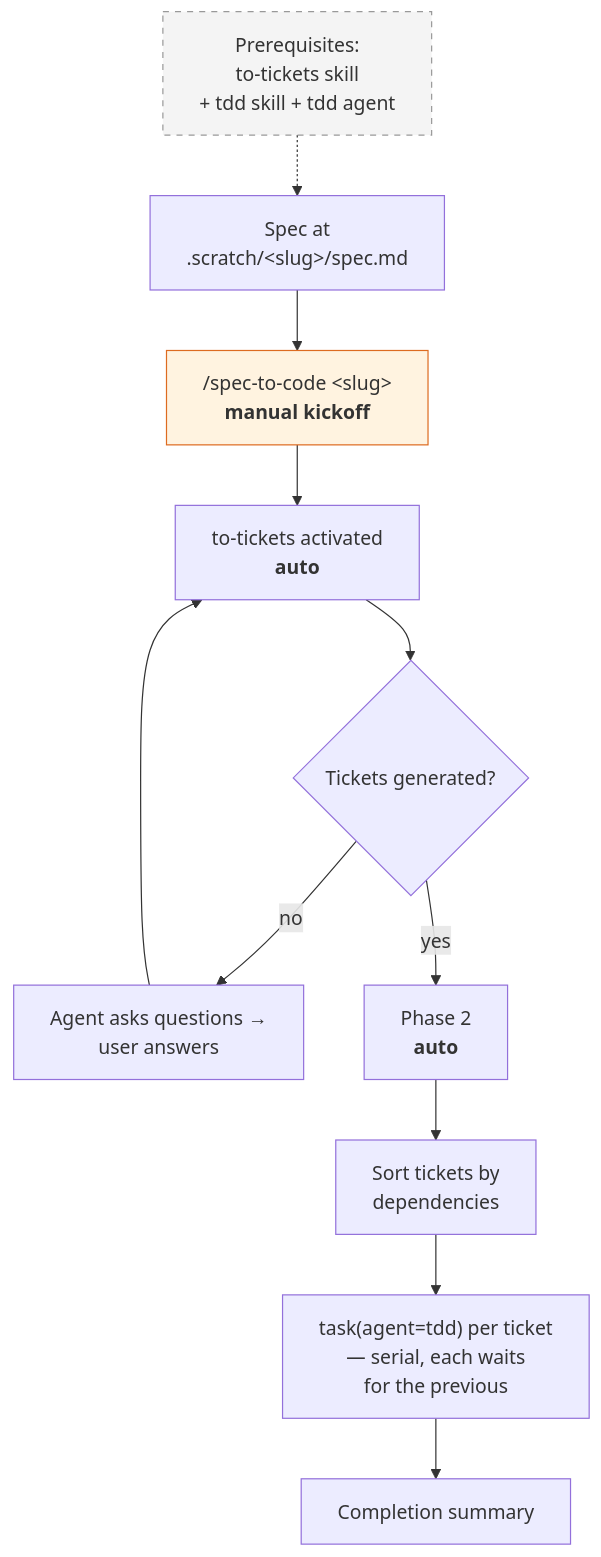
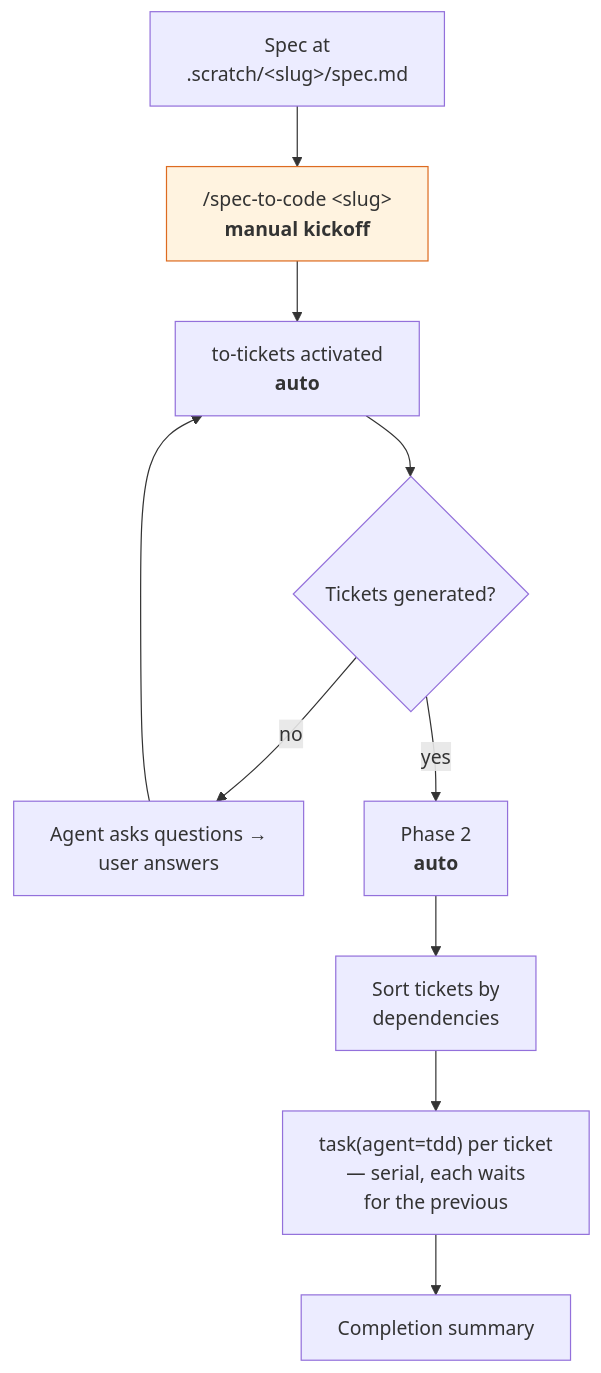
One commit to hugosol/oh-my-wayfinder changed the second of 2 diagrams in README.md. Above: the diagram before and after it, drawn with Mermaid. The commit also changed other lines of this file and 1 other file, not shown here.

Commit message:
adjust flow b

````diff
--- a/README.md
+++ b/README.md
@@ -85,15 +85,13 @@
 ```mermaid
 flowchart TD
-    PRE["Prerequisites:<br/>to-tickets skill<br/>+ tdd skill + tdd agent"] -.-> P
     P["Spec at<br/>.scratch/&lt;slug&gt;/spec.md"] --> C["/spec-to-code &lt;slug&gt;<br/><b>manual kickoff</b>"]
     C --> A["to-tickets activated<br/><b>auto</b>"]
     A --> Q{"Tickets generated?"}
     Q -->|"no"| QA["Agent asks questions →<br/>user answers"] --> A
     Q -->|"yes"| P2["Phase 2<br/><b>auto</b>"]
     P2 --> ORD["Sort tickets by<br/>dependencies"]
     ORD --> TD["task(agent=tdd) per ticket<br/>— serial, each waits<br/>for the previous"]
     TD --> DONE["Completion summary"]
 
     style C fill:#fff3e0,stroke:#dd6b20
-    style PRE fill:#f4f4f4,stroke:#999,stroke-dasharray:5 5
 ```
````
